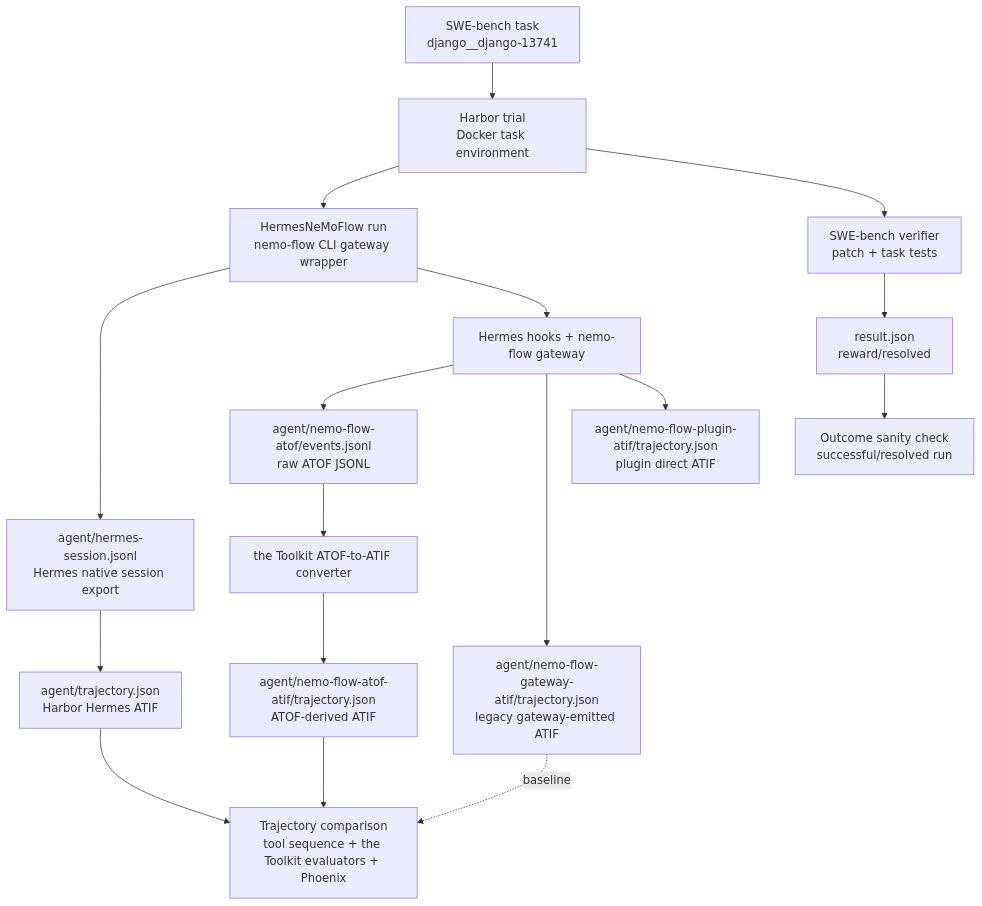
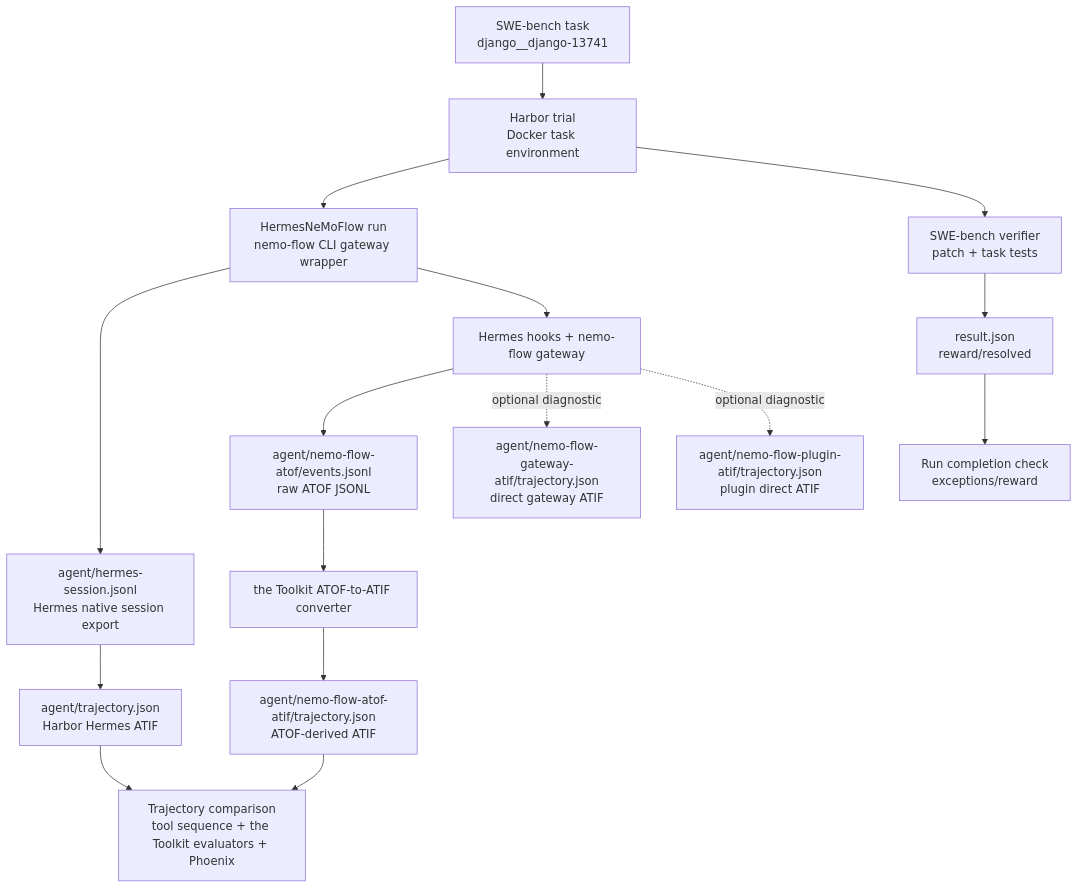
Before and after one commit to NVIDIA/NeMo-Agent-Toolkit: the diagram in packages/nvidia_nat_harbor/hermes-nemoflow-smoke.md, drawn with Mermaid. The commit also changed other lines of this file and 7 other files, not shown here.

````diff
--- a/packages/nvidia_nat_harbor/hermes-nemoflow-smoke.md
+++ b/packages/nvidia_nat_harbor/hermes-nemoflow-smoke.md
@@ -37,23 +39,22 @@
 ```mermaid
 flowchart TD
   task[SWE-bench task<br/>django__django-13741] --> harbor[Harbor trial<br/>Docker task environment]
 
   harbor --> run[HermesNeMoFlow run<br/>nemo-flow CLI gateway wrapper]
   run --> nativeSession[agent/hermes-session.jsonl<br/>Hermes native session export]
   nativeSession --> nativeAtif[agent/trajectory.json<br/>Harbor Hermes ATIF]
 
   run --> gatewayHooks[Hermes hooks + nemo-flow gateway]
   gatewayHooks --> atof[agent/nemo-flow-atof/events.jsonl<br/>raw ATOF JSONL]
   atof --> converter[the Toolkit ATOF-to-ATIF converter]
   converter --> nfAtif[agent/nemo-flow-atof-atif/trajectory.json<br/>ATOF-derived ATIF]
-  gatewayHooks --> gatewayAtif[agent/nemo-flow-gateway-atif/trajectory.json<br/>legacy gateway-emitted ATIF]
-  gatewayHooks --> pluginAtif[agent/nemo-flow-plugin-atif/trajectory.json<br/>plugin direct ATIF]
+  gatewayHooks -. optional diagnostic .-> gatewayAtif[agent/nemo-flow-gateway-atif/trajectory.json<br/>direct gateway ATIF]
+  gatewayHooks -. optional diagnostic .-> pluginAtif[agent/nemo-flow-plugin-atif/trajectory.json<br/>plugin direct ATIF]
 
   harbor --> swe[SWE-bench verifier<br/>patch + task tests]
   swe --> result[result.json<br/>reward/resolved]
 
   nativeAtif --> compare[Trajectory comparison<br/>tool sequence + the Toolkit evaluators + Phoenix]
   nfAtif --> compare
-  gatewayAtif -. baseline .-> compare
-  result --> outcome[Outcome sanity check<br/>successful/resolved run]
+  result --> outcome[Run completion check<br/>exceptions/reward]
 ```
````
